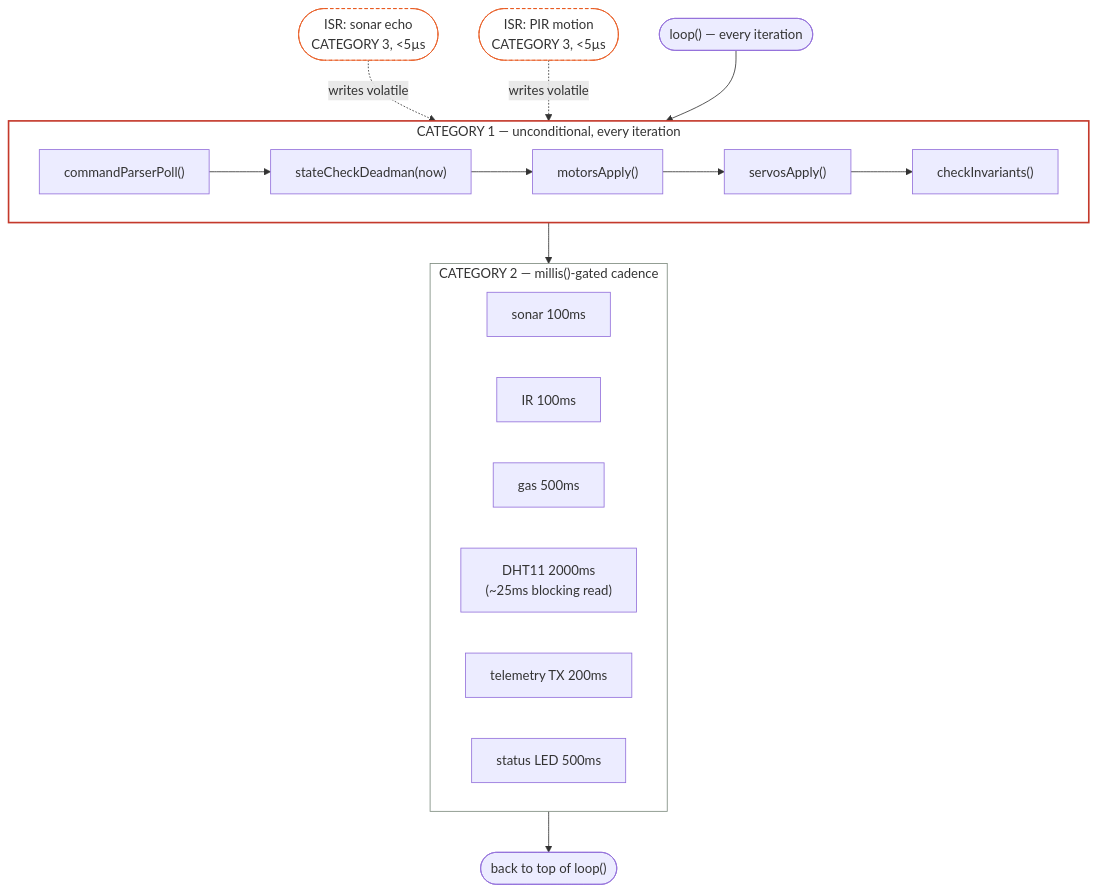
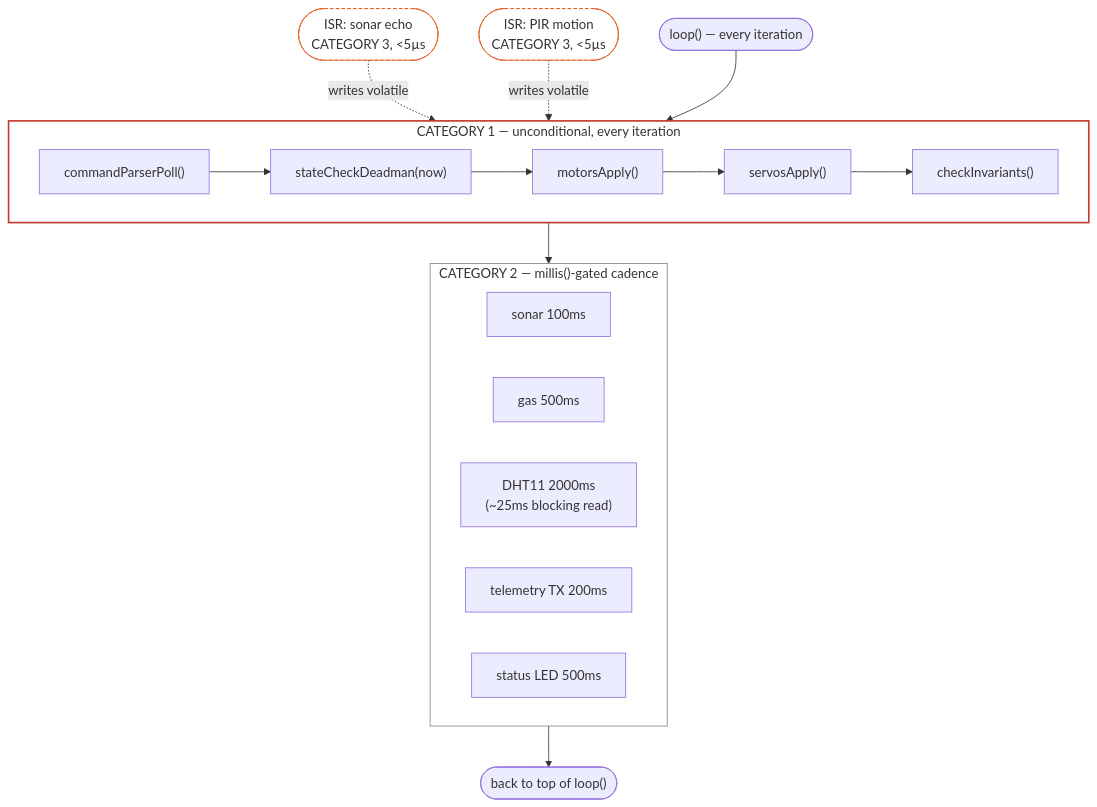
One commit to baiust999/robort-code-from-pi changed the fourth of 13 diagrams in docs/ARCHITECTURE.md. Above: the diagram before and after it, drawn with Mermaid. The commit also changed other lines of this file and 27 other files, not shown here.

````diff
--- a/docs/ARCHITECTURE.md
+++ b/docs/ARCHITECTURE.md
@@ -164,33 +164,32 @@
 ```mermaid
 flowchart TD
     start(["loop() — every iteration"]) --> c1
 
     subgraph c1["CATEGORY 1 — unconditional, every iteration"]
         direction LR
         parse["commandParserPoll()"] --> dead["stateCheckDeadman(now)"] --> mot["motorsApply()"] --> srv["servosApply()"] --> inv["checkInvariants()"]
     end
 
     c1 --> c2
 
     subgraph c2["CATEGORY 2 — millis()-gated cadence"]
         direction LR
         sonar["sonar 100ms"]
-        ir["IR 100ms"]
         gas["gas 500ms"]
         dht["DHT11 2000ms<br/>(~25ms blocking read)"]
         tel["telemetry TX 200ms"]
         led["status LED 500ms"]
     end
 
     c2 --> loopback(["back to top of loop()"])
 
     isr1(["ISR: sonar echo<br/>CATEGORY 3, &lt;5µs"]) -.writes volatile.-> dead
     isr2(["ISR: PIR motion<br/>CATEGORY 3, &lt;5µs"]) -.writes volatile.-> dead
 
     classDef safety fill:#fff,stroke:#C4392B,stroke-width:2px;
     classDef cadence fill:#fff,stroke:#7C8A7E;
     classDef isr fill:#fff,stroke:#E85A20,stroke-dasharray: 4 3;
     class c1 safety;
     class c2 cadence;
     class isr1,isr2 isr;
 ```
````
